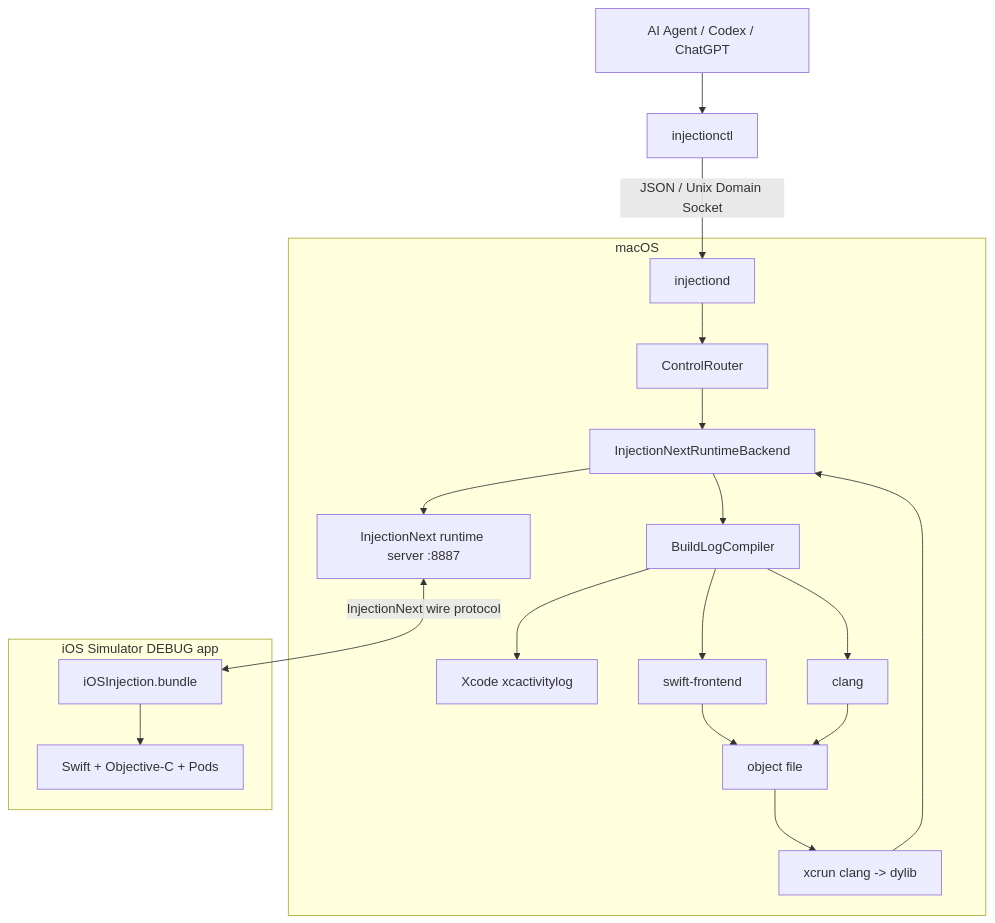
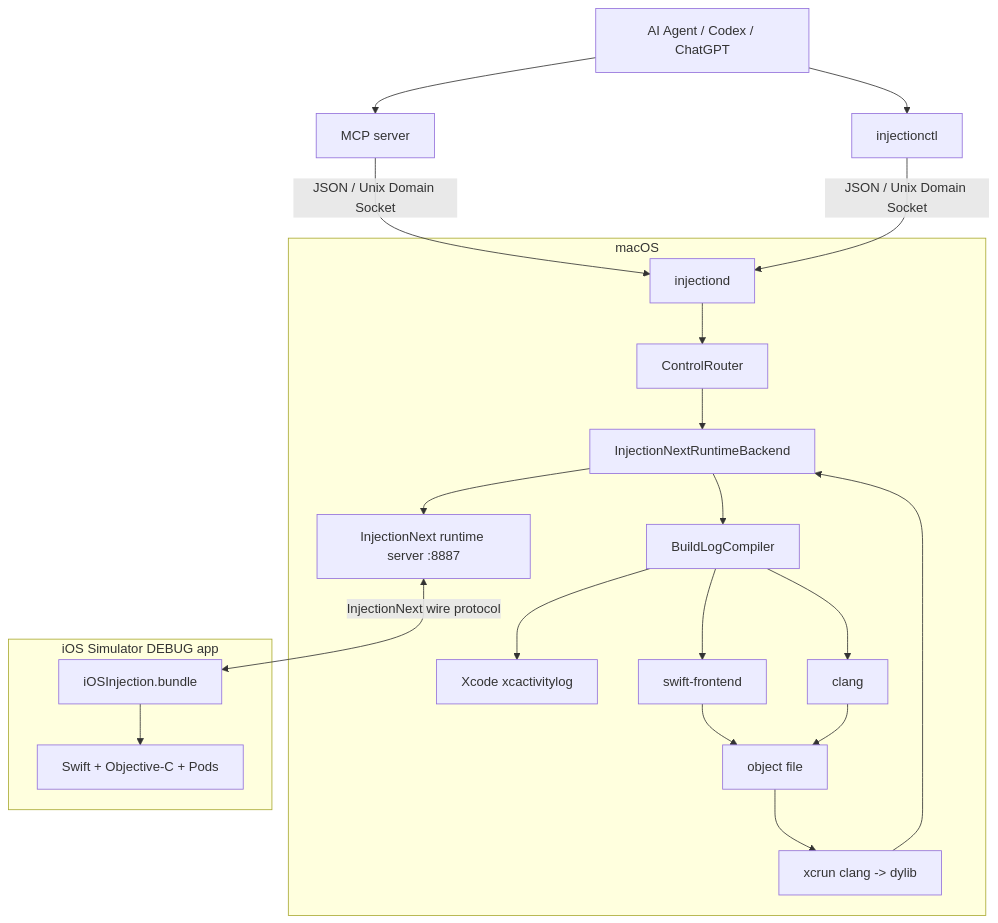
Before and after one commit to samstring/agentInjectionIII: the diagram in README.md, drawn with Mermaid. The commit also changed other lines of this file, not shown here.

Commit message:
Update status for MCP touch and observability

````diff
--- a/README.md
+++ b/README.md
@@ -336,28 +370,30 @@
 ```mermaid
 flowchart TD
-    Agent["AI Agent / Codex / ChatGPT"] --> CLI["injectionctl"]
+    Agent["AI Agent / Codex / ChatGPT"] --> MCP["MCP server"]
+    Agent --> CLI["injectionctl"]
 
-    CLI -->|"JSON / Unix Domain Socket"| Daemon["injectiond"]
+    MCP -->|"JSON / Unix Domain Socket"| Daemon["injectiond"]
+    CLI -->|"JSON / Unix Domain Socket"| Daemon
 
     subgraph Host["macOS"]
         Daemon --> Router["ControlRouter"]
         Router --> Backend["InjectionNextRuntimeBackend"]
         Backend --> Compiler["BuildLogCompiler"]
         Compiler --> Logs["Xcode xcactivitylog"]
         Compiler --> Swift["swift-frontend"]
         Compiler --> Clang["clang"]
         Swift --> Obj["object file"]
         Clang --> Obj
         Obj --> Link["xcrun clang -> dylib"]
         Backend --> RuntimeServer["InjectionNext runtime server :8887"]
     end
 
     subgraph App["iOS Simulator DEBUG app"]
         Client["iOSInjection.bundle"]
         Code["Swift + Objective-C + Pods"]
         Client --> Code
     end
 
     Link --> Backend
     RuntimeServer <-->|"InjectionNext wire protocol"| Client
 ```
````
